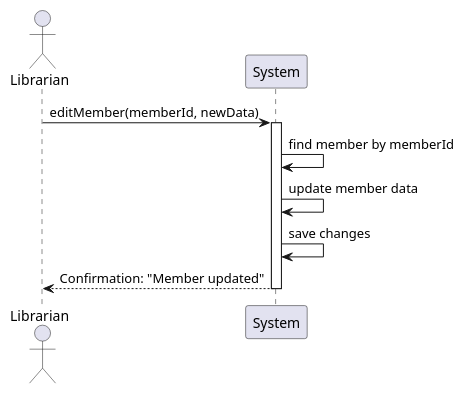
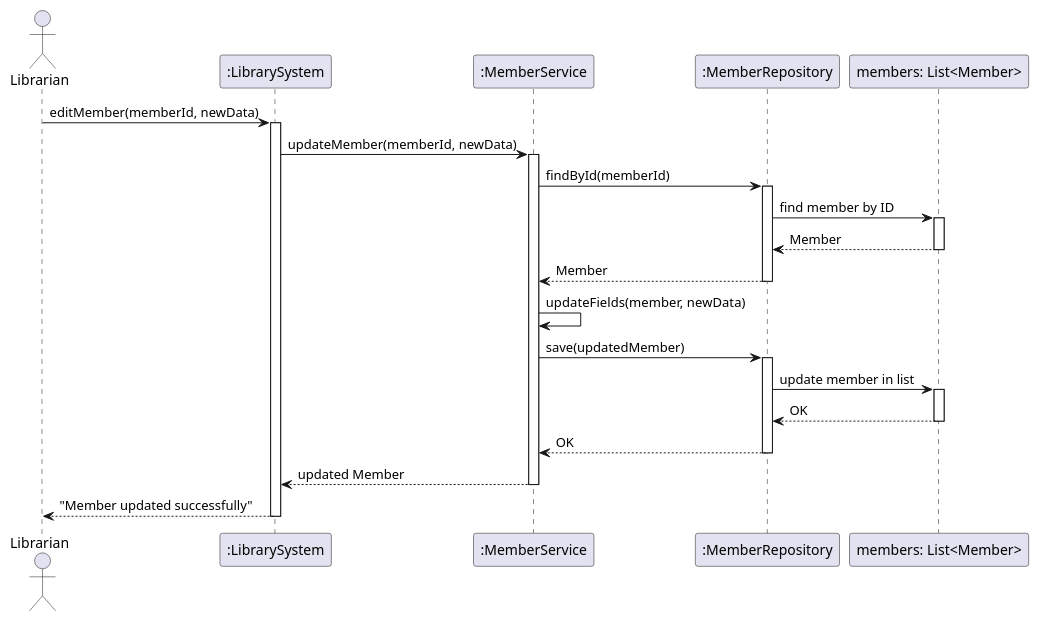
The diagram in src/uml/intecSequenceEditMember.puml (BramLab/IntecPunt), drawn with PlantUML before and after one commit.

Commit message:
Sequence diagram

```diff
--- a/src/uml/intecSequenceEditMember.puml
+++ b/src/uml/intecSequenceEditMember.puml
@@ -1,15 +1,43 @@
 @startuml
-'https://plantuml.com/sequence-diagram
 actor Librarian
-participant "System" as sys
+participant ":LibrarySystem" as System
+participant ":MemberService" as Service
+participant ":MemberRepository" as Repo
+participant "members: List<Member>" as List
 
-Librarian -> sys: editMember(memberId, newData)
-activate sys
+Librarian -> System: editMember(memberId, newData)
+activate System
 
-sys -> sys: find member by memberId
-sys -> sys: update member data
-sys -> sys: save changes
+System -> Service: updateMember(memberId, newData)
+activate Service
 
-sys --> Librarian: Confirmation: "Member updated"
-deactivate sys
+Service -> Repo: findById(memberId)
+activate Repo
+
+Repo -> List: find member by ID
+activate List
+List --> Repo: Member
+deactivate List
+
+Repo --> Service: Member
+deactivate Repo
+
+Service -> Service: updateFields(member, newData)
+
+Service -> Repo: save(updatedMember)
+activate Repo
+
+Repo -> List: update member in list
+activate List
+List --> Repo: OK
+deactivate List
+
+Repo --> Service: OK
+deactivate Repo
+
+Service --> System: updated Member
+deactivate Service
+
+System --> Librarian: "Member updated successfully"
+deactivate System
 @enduml
```
